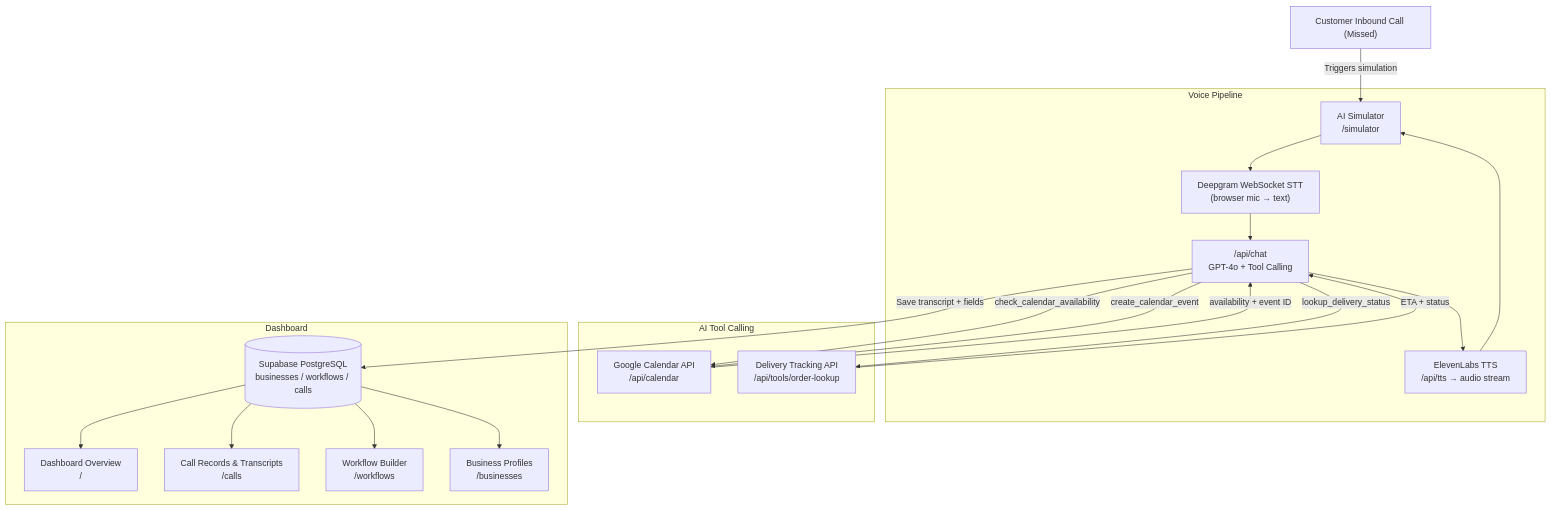
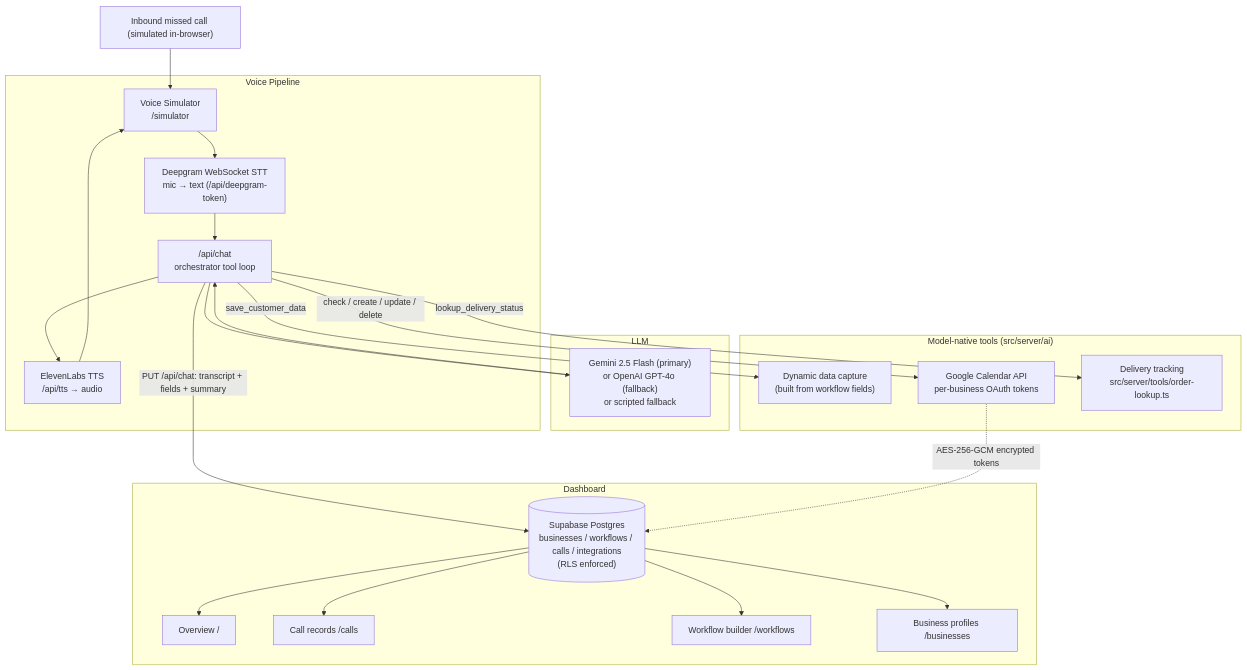
The diagram in README.md (MeowMan007/VoiceAI), drawn with Mermaid before and after one commit. The commit also changed other lines of this file and 55 other files, not shown here.

````diff
--- a/README.md
+++ b/README.md
@@ -68,28 +75,33 @@
 ```mermaid
 graph TD
-    A["Customer Inbound Call (Missed)"] -->|Triggers simulation| B["AI Simulator\n/simulator"]
-    
+    A["Inbound missed call (simulated in-browser)"] --> B["Voice Simulator<br/>/simulator"]
+
     subgraph Voice Pipeline
-        B --> C["Deepgram WebSocket STT\n(browser mic → text)"]
-        C --> D["/api/chat\nGPT-4o + Tool Calling"]
-        D --> E["ElevenLabs TTS\n/api/tts → audio stream"]
+        B --> C["Deepgram WebSocket STT<br/>mic → text (/api/deepgram-token)"]
+        C --> D["/api/chat<br/>orchestrator tool loop"]
+        D --> E["ElevenLabs TTS<br/>/api/tts → audio"]
         E --> B
     end
 
-    subgraph AI Tool Calling
-        D -->|check_calendar_availability| F["Google Calendar API\n/api/calendar"]
-        D -->|create_calendar_event| F
-        D -->|lookup_delivery_status| G["Delivery Tracking API\n/api/tools/order-lookup"]
-        F -->|availability + event ID| D
-        G -->|ETA + status| D
+    subgraph LLM
+        D --> M["Gemini 2.5 Flash (primary)<br/>or OpenAI GPT-4o (fallback)<br/>or scripted fallback"]
+        M --> D
     end
 
-    D -->|Save transcript + fields| H[("Supabase PostgreSQL\nbusinesses / workflows / calls")]
+    subgraph "Model-native tools (src/server/ai)"
+        D -->|save_customer_data| N["Dynamic data capture<br/>(built from workflow fields)"]
+        D -->|check / create / update / delete| F["Google Calendar API<br/>per-business OAuth tokens"]
+        D -->|lookup_delivery_status| G["Delivery tracking<br/>src/server/tools/order-lookup.ts"]
+    end
+
+    D -->|"PUT /api/chat: transcript + fields + summary"| H[("Supabase Postgres<br/>businesses / workflows / calls / integrations<br/>(RLS enforced)")]
+
+    F -.->|"AES-256-GCM encrypted tokens"| H
 
     subgraph Dashboard
-        H --> I["Dashboard Overview\n/"]
-        H --> J["Call Records & Transcripts\n/calls"]
-        H --> K["Workflow Builder\n/workflows"]
-        H --> L["Business Profiles\n/businesses"]
+        H --> I["Overview /"]
+        H --> J["Call records /calls"]
+        H --> K["Workflow builder /workflows"]
+        H --> L["Business profiles /businesses"]
     end
 ```
````
